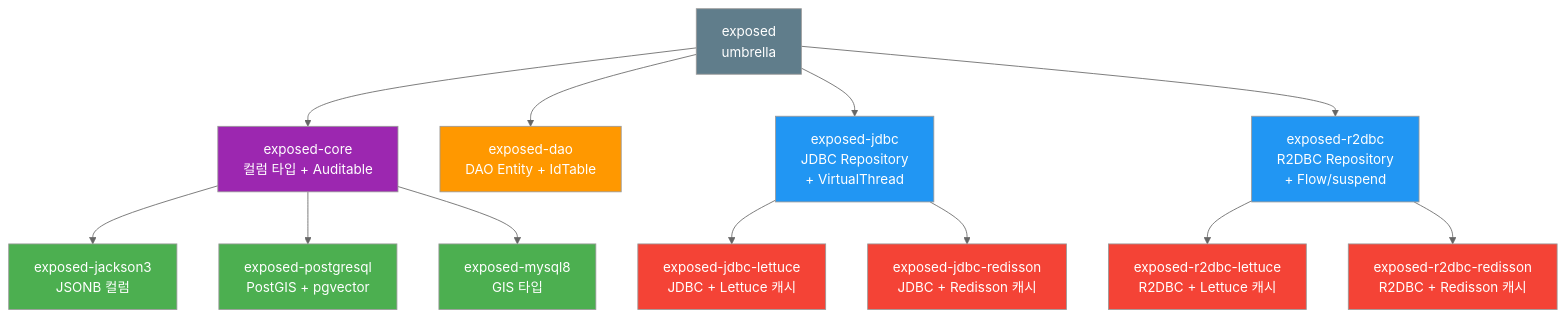
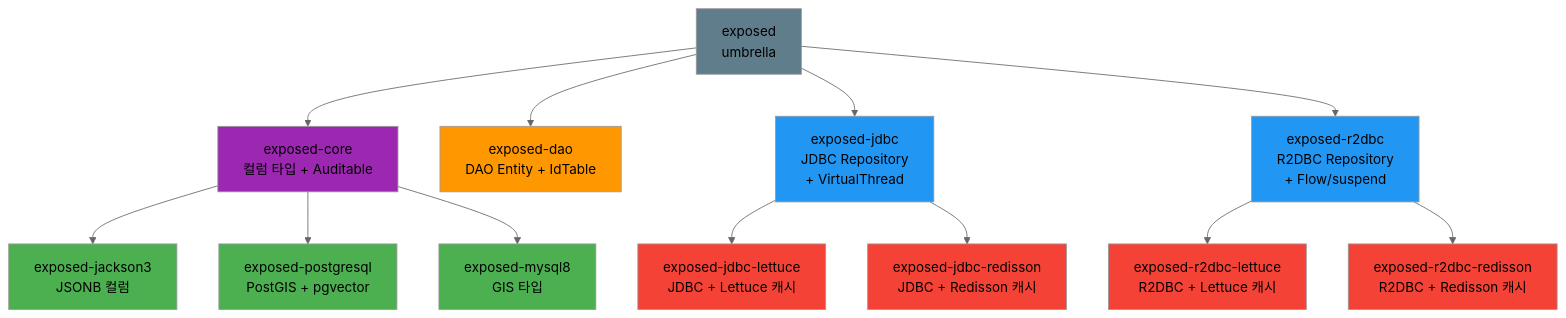
One commit to bluetape4k/bluetape4k-projects changed the diagram in data/exposed/README.md. Above: the diagram before and after it, drawn with Mermaid (neutral theme). The commit also changed 74 other files, not shown here.

First line of the commit message:
docs: bluetape4k/core/coroutines/logging, io/feign~vertx README 색상 Mermaid UML 추가

````diff
--- a/data/exposed/README.md
+++ b/data/exposed/README.md
@@ -91,28 +91,28 @@
 ```mermaid
 flowchart TD
     E[exposed\numbrella] --> EC[exposed-core\n컬럼 타입 + Auditable]
     E --> ED[exposed-dao\nDAO Entity + IdTable]
     E --> EJ[exposed-jdbc\nJDBC Repository\n+ VirtualThread]
     E --> ER[exposed-r2dbc\nR2DBC Repository\n+ Flow/suspend]
 
     EC --> EJK[exposed-jackson3\nJSONB 컬럼]
     EC --> EP[exposed-postgresql\nPostGIS + pgvector]
     EC --> EM[exposed-mysql8\nGIS 타입]
     EJ --> EJL[exposed-jdbc-lettuce\nJDBC + Lettuce 캐시]
     EJ --> EJR[exposed-jdbc-redisson\nJDBC + Redisson 캐시]
     ER --> ERL[exposed-r2dbc-lettuce\nR2DBC + Lettuce 캐시]
     ER --> ERR[exposed-r2dbc-redisson\nR2DBC + Redisson 캐시]
 
-    style E fill:#607D8B,color:#fff
-    style EC fill:#9C27B0,color:#fff
-    style ED fill:#FF9800,color:#fff
-    style EJ fill:#2196F3,color:#fff
-    style ER fill:#2196F3,color:#fff
-    style EJK fill:#4CAF50,color:#fff
-    style EP fill:#4CAF50,color:#fff
-    style EM fill:#4CAF50,color:#fff
-    style EJL fill:#F44336,color:#fff
-    style EJR fill:#F44336,color:#fff
-    style ERL fill:#F44336,color:#fff
-    style ERR fill:#F44336,color:#fff
+    style E fill:#607D8B
+    style EC fill:#9C27B0
+    style ED fill:#FF9800
+    style EJ fill:#2196F3
+    style ER fill:#2196F3
+    style EJK fill:#4CAF50
+    style EP fill:#4CAF50
+    style EM fill:#4CAF50
+    style EJL fill:#F44336
+    style EJR fill:#F44336
+    style ERL fill:#F44336
+    style ERR fill:#F44336
 ```
````
